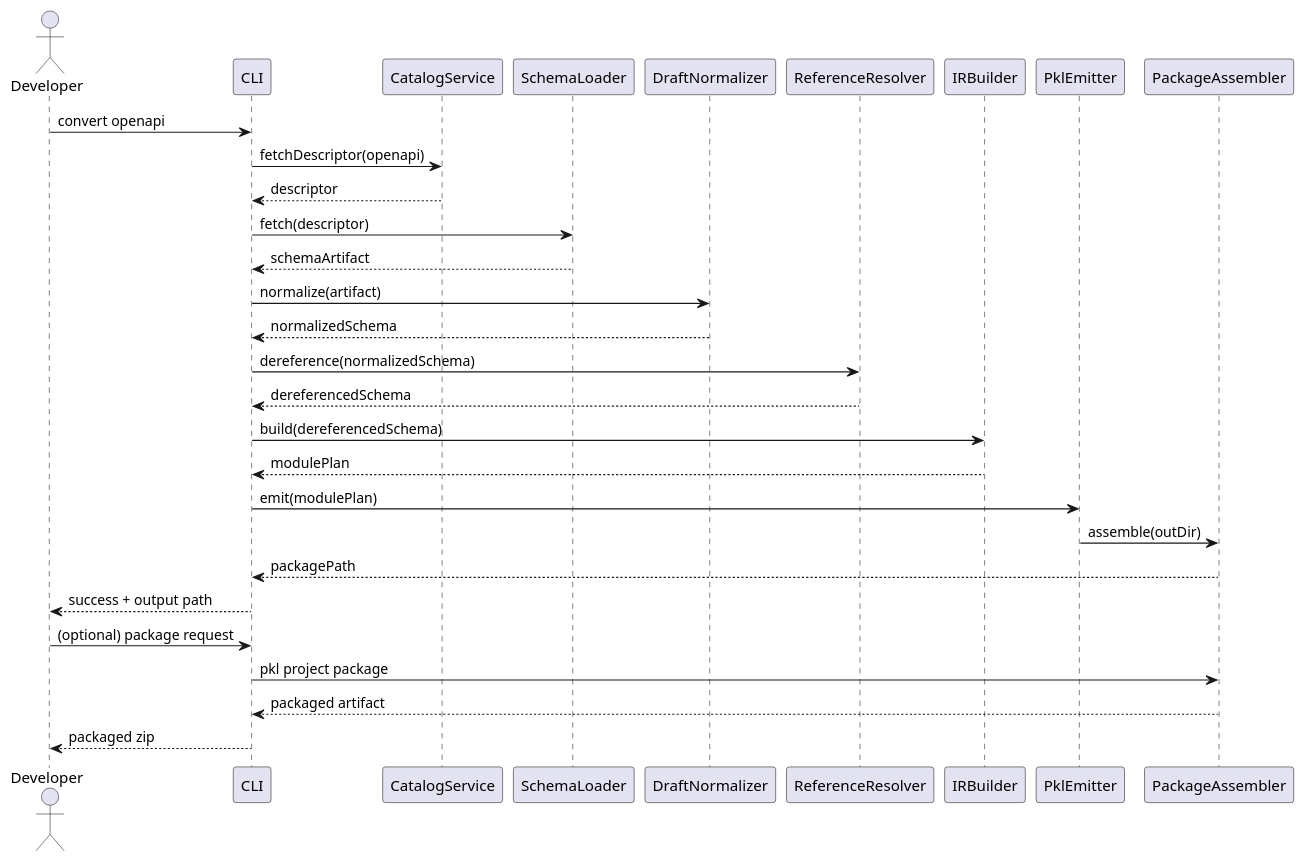
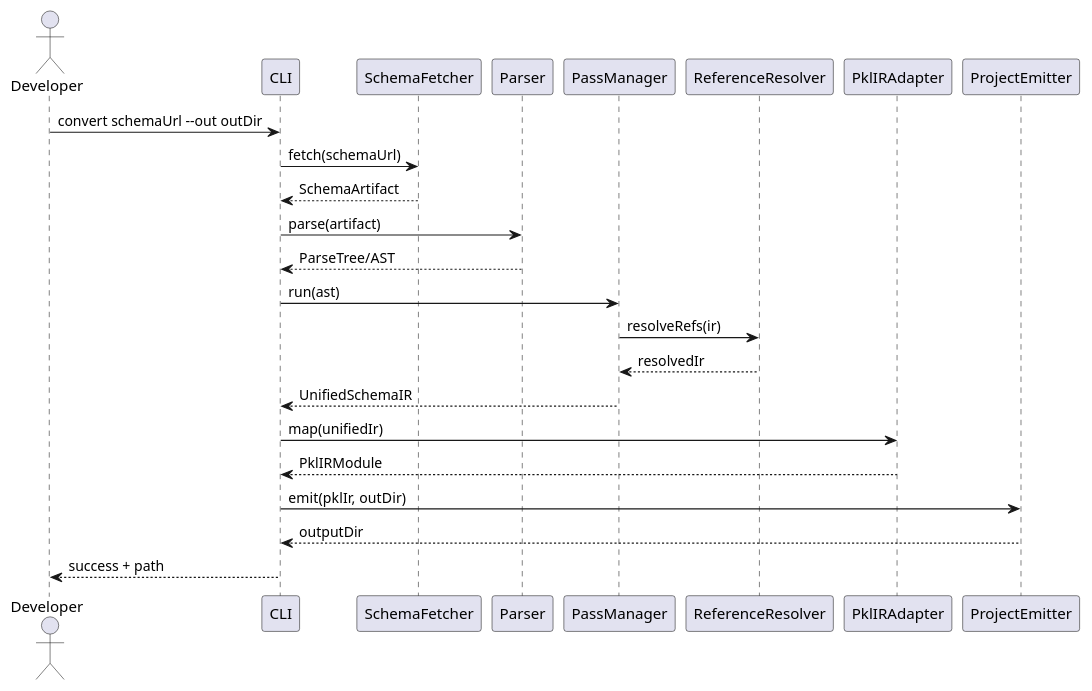
Before and after one commit to hcoona/schemastore-pkl: the second of 2 diagrams in doc/design/json-schema-to-pkl.md, drawn with PlantUML. The commit also changed other lines of this file, not shown here.

````diff
--- a/doc/design/json-schema-to-pkl.md
+++ b/doc/design/json-schema-to-pkl.md
@@ -302,33 +301,27 @@
 ```plantuml
 @startuml
 actor Developer
 participant "CLI" as CLI
-participant "CatalogService" as Catalog
-participant "SchemaLoader" as Loader
-participant "DraftNormalizer" as Normalizer
+participant "SchemaFetcher" as Fetcher
+participant "Parser" as Parser
+participant "PassManager" as Passes
 participant "ReferenceResolver" as Resolver
-participant "IRBuilder" as IR
-participant "PklEmitter" as Emitter
-participant "PackageAssembler" as Assembler
+participant "PklIRAdapter" as Adapter
+participant "ProjectEmitter" as Emitter
 
-Developer -> CLI: convert openapi
-CLI -> Catalog: fetchDescriptor(openapi)
-Catalog --> CLI: descriptor
-CLI -> Loader: fetch(descriptor)
-Loader --> CLI: schemaArtifact
-CLI -> Normalizer: normalize(artifact)
-Normalizer --> CLI: normalizedSchema
-CLI -> Resolver: dereference(normalizedSchema)
-Resolver --> CLI: dereferencedSchema
-CLI -> IR: build(dereferencedSchema)
-IR --> CLI: modulePlan
-CLI -> Emitter: emit(modulePlan)
-Emitter -> Assembler: assemble(outDir)
-Assembler --> CLI: packagePath
-CLI --> Developer: success + output path
-Developer -> CLI: (optional) package request
-CLI -> Assembler: pkl project package
-Assembler --> CLI: packaged artifact
-CLI --> Developer: packaged zip
+Developer -> CLI: convert schemaUrl --out outDir
+CLI -> Fetcher: fetch(schemaUrl)
+Fetcher --> CLI: SchemaArtifact
+CLI -> Parser: parse(artifact)
+Parser --> CLI: ParseTree/AST
+CLI -> Passes: run(ast)
+Passes -> Resolver: resolveRefs(ir)
+Resolver --> Passes: resolvedIr
+Passes --> CLI: UnifiedSchemaIR
+CLI -> Adapter: map(unifiedIr)
+Adapter --> CLI: PklIRModule
+CLI -> Emitter: emit(pklIr, outDir)
+Emitter --> CLI: outputDir
+CLI --> Developer: success + path
 @enduml
 ```
````
